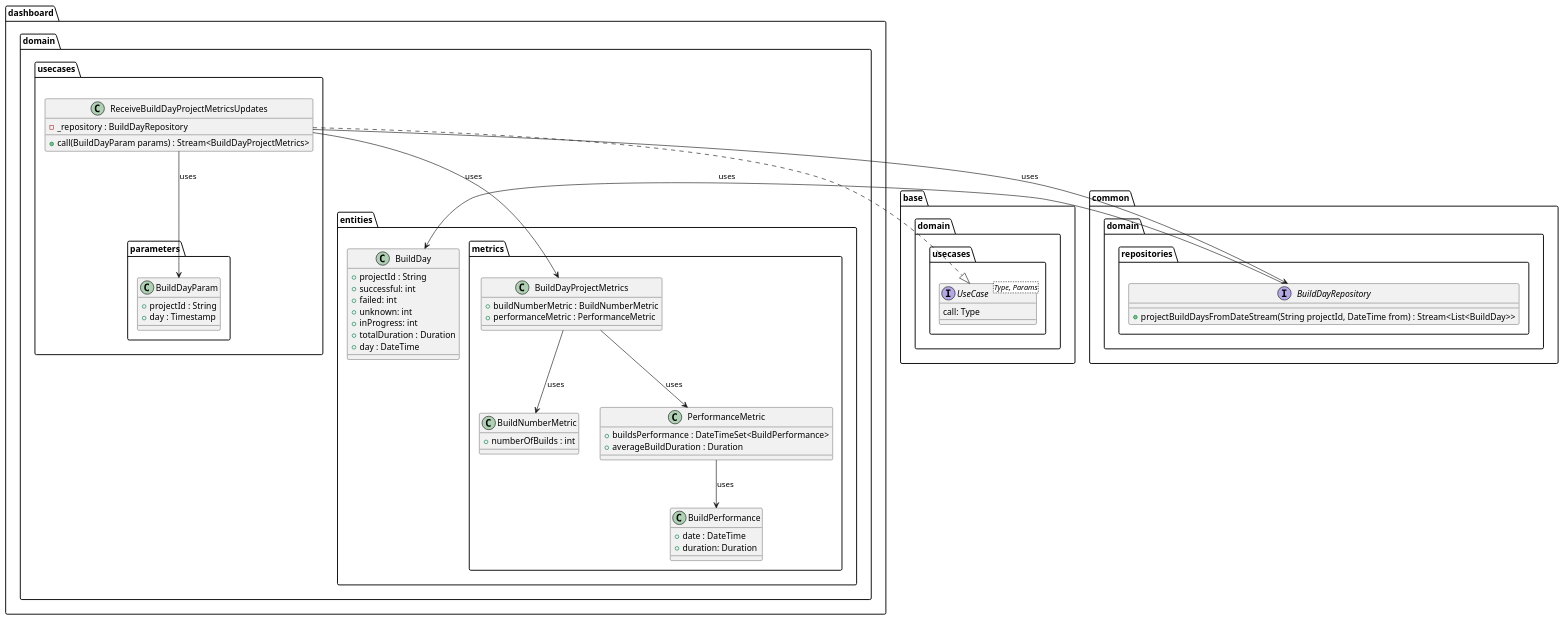
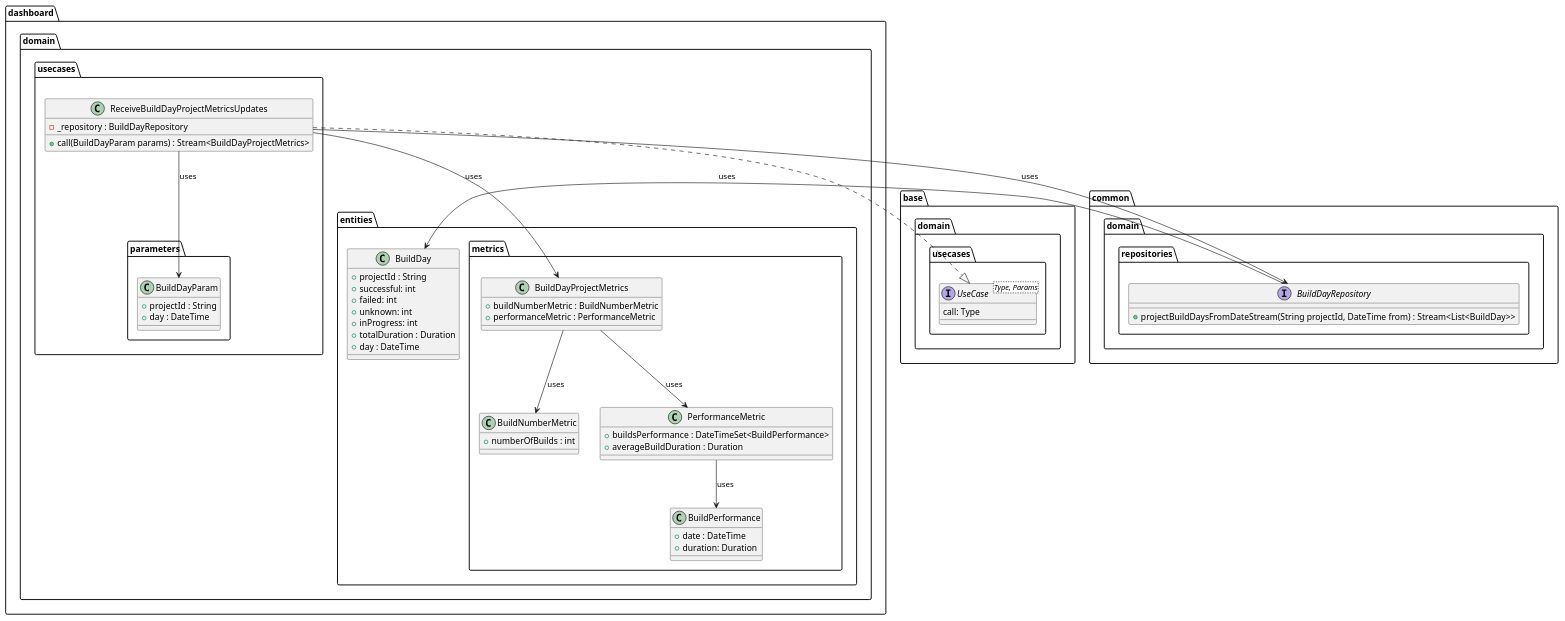
The diagram in metrics/web/docs/features/builds_aggregation/diagrams/build_days_domain_layer_class_diagram.puml (Flank/flank-dashboard), drawn with PlantUML before and after one commit. The commit also changed 2 other files, not shown here.

```diff
--- a/metrics/web/docs/features/builds_aggregation/diagrams/build_days_domain_layer_class_diagram.puml
+++ b/metrics/web/docs/features/builds_aggregation/diagrams/build_days_domain_layer_class_diagram.puml
@@ -1,71 +1,71 @@
 @startuml build_days_domain_layer_class_diagram
 
 package base.domain.usecases {
     interface UseCase<Type, Params> {
         call: Type
     }
 }
 
 package common.domain.repositories {
     interface BuildDayRepository {
         + projectBuildDaysFromDateStream(String projectId, DateTime from) : Stream<List<BuildDay>>
     } 
 }
 
 package dashboard.domain {
     package entities {
         class BuildDay {
             + projectId : String
             + successful: int
             + failed: int
             + unknown: int
             + inProgress: int
             + totalDuration : Duration
             + day : DateTime
         }
 
         package metrics {
             class BuildNumberMetric {
                 + numberOfBuilds : int
             }
             class BuildPerformance {
                     + date : DateTime
                     + duration: Duration
             }
             class PerformanceMetric {
                 + buildsPerformance : DateTimeSet<BuildPerformance>
                 + averageBuildDuration : Duration
             }
             class BuildDayProjectMetrics {
                 + buildNumberMetric : BuildNumberMetric
                 + performanceMetric : PerformanceMetric
             }
         }
     }
 
     package usecases {
         class ReceiveBuildDayProjectMetricsUpdates {
             - _repository : BuildDayRepository
             + call(BuildDayParam params) : Stream<BuildDayProjectMetrics>
         }
 
         package parameters {
             class BuildDayParam {
                 + projectId : String
-                + day : Timestamp
+                + day : DateTime
             }
         }
     }  
 }
 
 BuildDayRepository --> BuildDay : uses
 ReceiveBuildDayProjectMetricsUpdates ..|> UseCase
 ReceiveBuildDayProjectMetricsUpdates --> BuildDayRepository : uses
 ReceiveBuildDayProjectMetricsUpdates --> BuildDayParam : uses
 ReceiveBuildDayProjectMetricsUpdates --> BuildDayProjectMetrics : uses
 
 BuildDayProjectMetrics --> BuildNumberMetric : uses
 BuildDayProjectMetrics --> PerformanceMetric : uses
 PerformanceMetric --> BuildPerformance : uses
 
 @enduml
```
